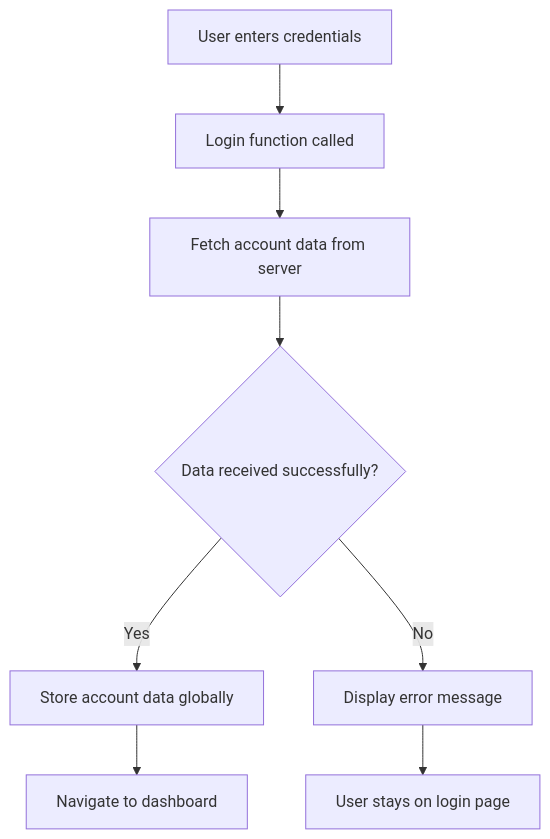
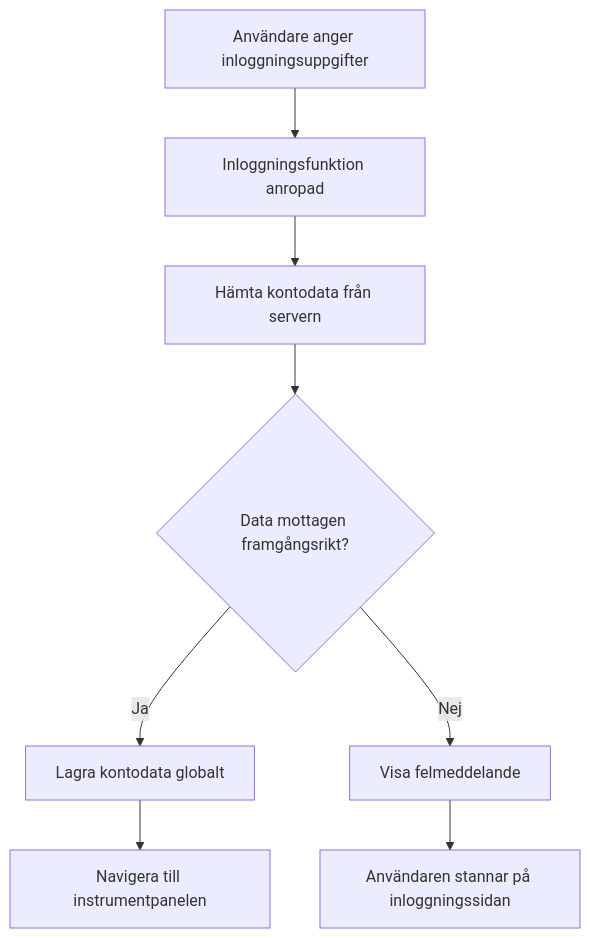
Before and after one commit to microsoft/Web-Dev-For-Beginners: the seventh of 11 diagrams in translations/sv/7-bank-project/3-data/README.md, drawn with Mermaid. The commit also changed other lines of this file and 99 other files, not shown here.

````diff
--- a/translations/sv/7-bank-project/3-data/README.md
+++ b/translations/sv/7-bank-project/3-data/README.md
@@ -261,10 +371,10 @@
 ```mermaid
 flowchart TD
-    A[User enters credentials] --> B[Login function called]
-    B --> C[Fetch account data from server]
-    C --> D{Data received successfully?}
-    D -->|Yes| E[Store account data globally]
-    D -->|No| F[Display error message]
-    E --> G[Navigate to dashboard]
-    F --> H[User stays on login page]
+    A[Användare anger inloggningsuppgifter] --> B[Inloggningsfunktion anropad]
+    B --> C[Hämta kontodata från servern]
+    C --> D{Data mottagen framgångsrikt?}
+    D -->|Ja| E[Lagra kontodata globalt]
+    D -->|Nej| F[Visa felmeddelande]
+    E --> G[Navigera till instrumentpanelen]
+    F --> H[Användaren stannar på inloggningssidan]
 ```
````
